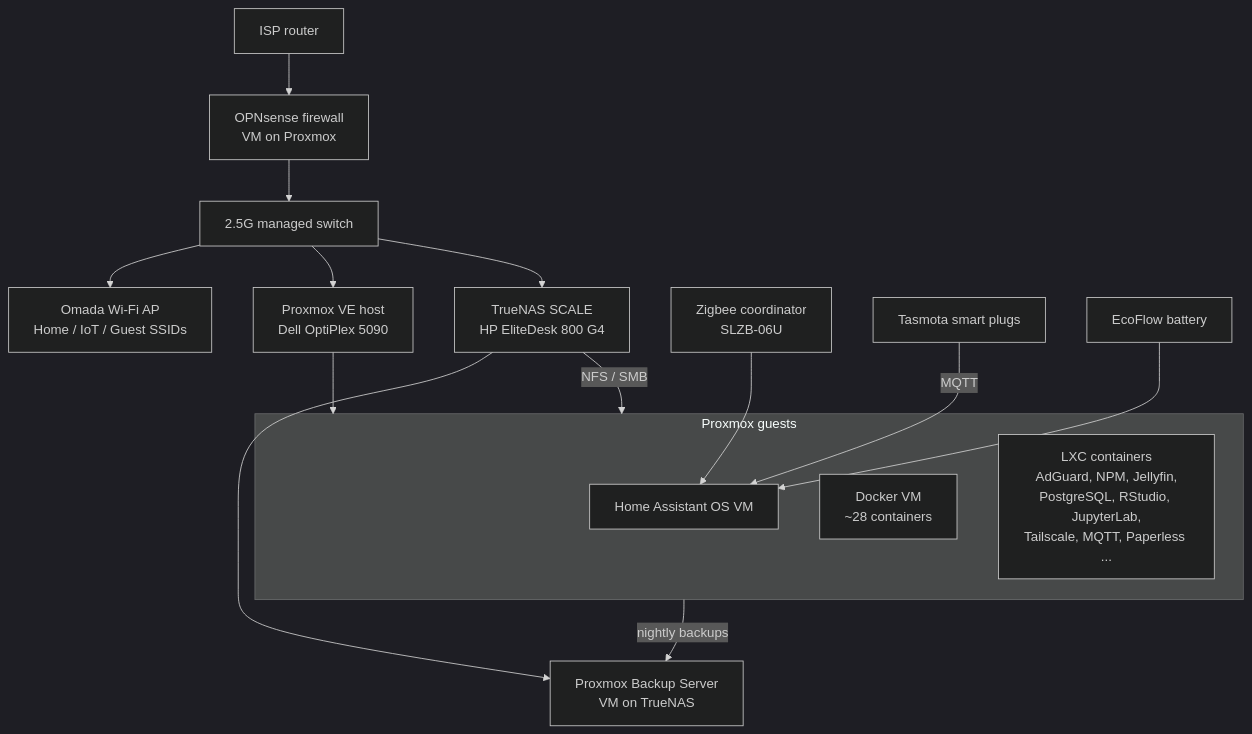
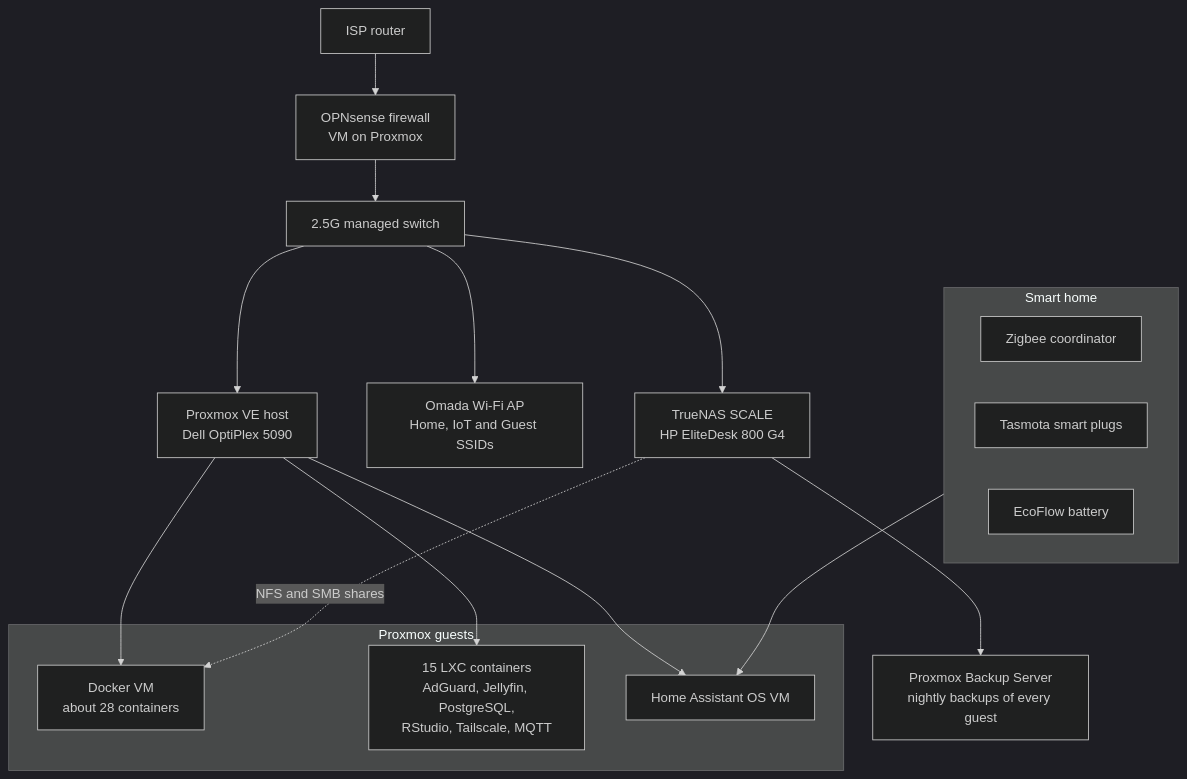
One commit to amrikyaruzi/homelab changed the diagram in README.md. Above: the diagram before and after it, drawn with Mermaid (dark theme).

Commit message:
Fix architecture diagram

````diff
--- a/README.md
+++ b/README.md
@@ -25,23 +25,27 @@
 ```mermaid
 flowchart TB
-    ISP[ISP router] --> OPN[OPNsense firewall<br/>VM on Proxmox]
-    OPN --> SW[2.5G managed switch]
-    SW --> AP[Omada Wi-Fi AP<br/>Home / IoT / Guest SSIDs]
-    SW --> PVE[Proxmox VE host<br/>Dell OptiPlex 5090]
-    SW --> NAS[TrueNAS SCALE<br/>HP EliteDesk 800 G4]
+    ISP["ISP router"] --> OPN["OPNsense firewall<br/>VM on Proxmox"]
+    OPN --> SW["2.5G managed switch"]
+    SW --> AP["Omada Wi-Fi AP<br/>Home, IoT and Guest SSIDs"]
+    SW --> PVE["Proxmox VE host<br/>Dell OptiPlex 5090"]
+    SW --> NAS["TrueNAS SCALE<br/>HP EliteDesk 800 G4"]
 
-    subgraph PVE_GUESTS[Proxmox guests]
-        HA[Home Assistant OS VM]
-        DOCKER[Docker VM<br/>~28 containers]
-        LXC[LXC containers<br/>AdGuard, NPM, Jellyfin,<br/>PostgreSQL, RStudio, JupyterLab,<br/>Tailscale, MQTT, Paperless ...]
+    subgraph GUESTS["Proxmox guests"]
+        DOCKER["Docker VM<br/>about 28 containers"]
+        LXC["15 LXC containers<br/>AdGuard, Jellyfin, PostgreSQL,<br/>RStudio, Tailscale, MQTT"]
+        HA["Home Assistant OS VM"]
     end
-    PVE --> PVE_GUESTS
+    PVE --> DOCKER
+    PVE --> LXC
+    PVE --> HA
 
-    NAS -->|NFS / SMB| PVE_GUESTS
-    NAS --> PBS[Proxmox Backup Server<br/>VM on TrueNAS]
-    PVE_GUESTS -->|nightly backups| PBS
+    NAS -. "NFS and SMB shares" .-> DOCKER
+    NAS --> PBS["Proxmox Backup Server<br/>nightly backups of every guest"]
 
-    ZB[Zigbee coordinator<br/>SLZB-06U] --> HA
-    PLUGS[Tasmota smart plugs] -->|MQTT| HA
-    ECO[EcoFlow battery] --> HA
+    subgraph HOME["Smart home"]
+        ZB["Zigbee coordinator"]
+        PLUGS["Tasmota smart plugs"]
+        ECO["EcoFlow battery"]
+    end
+    HOME --> HA
 ```
````
